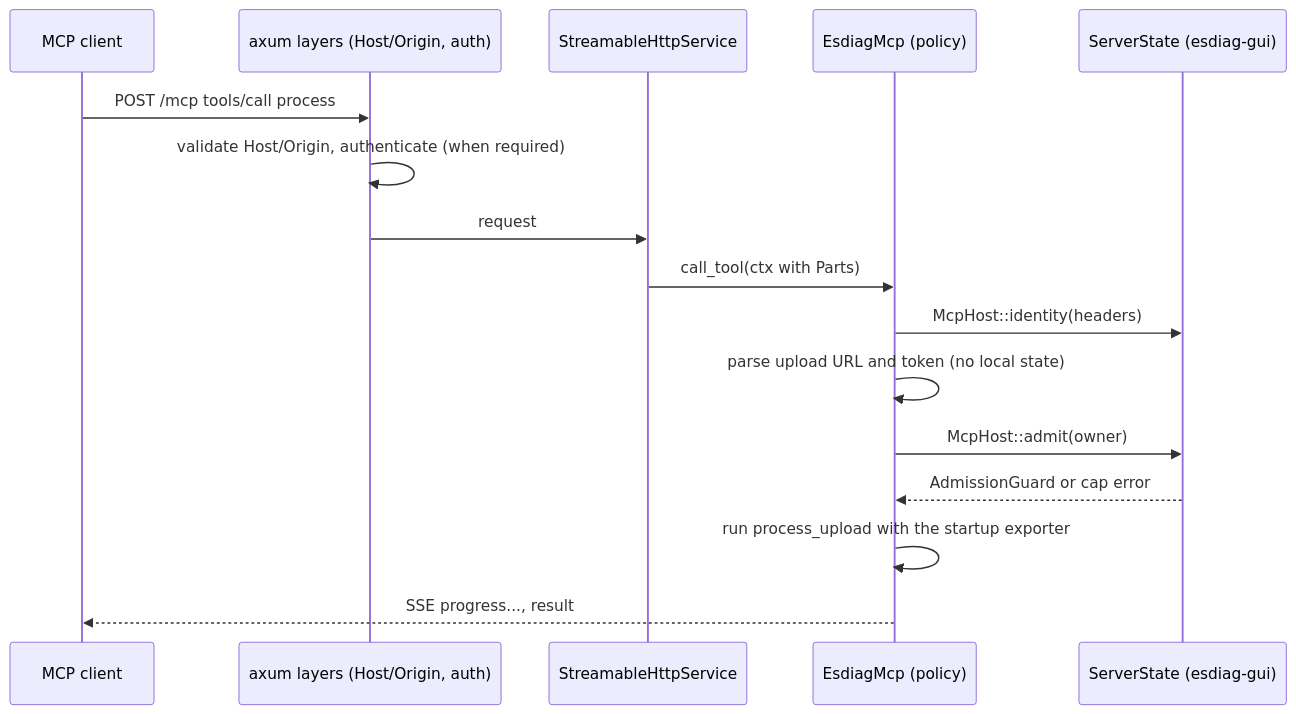
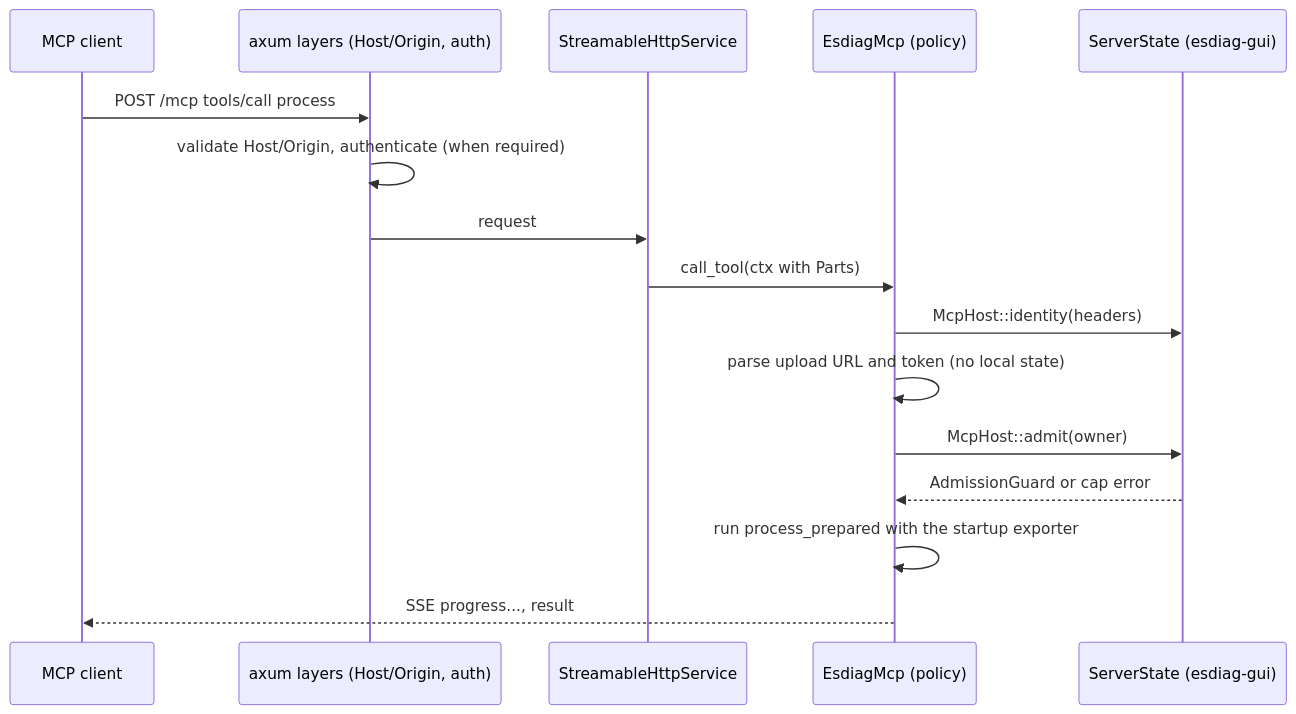
One commit to elastic/esdiag changed the diagram in openspec/changes/add-mcp-http/design.md. Above: the diagram before and after it, drawn with Mermaid. The commit also changed other lines of this file and 3 other files, not shown here.

````diff
--- a/openspec/changes/add-mcp-http/design.md
+++ b/openspec/changes/add-mcp-http/design.md
@@ -38,18 +38,18 @@
 ```mermaid
 sequenceDiagram
   participant C as MCP client
   participant A as axum layers (Host/Origin, auth)
   participant S as StreamableHttpService
   participant T as EsdiagMcp (policy)
   participant G as ServerState (esdiag-gui)
   C->>A: POST /mcp tools/call process
   A->>A: validate Host/Origin, authenticate (when required)
   A->>S: request
   S->>T: call_tool(ctx with Parts)
   T->>G: McpHost::identity(headers)
   T->>T: parse upload URL and token (no local state)
   T->>G: McpHost::admit(owner)
   G-->>T: AdmissionGuard or cap error
-  T->>T: run process_upload with the startup exporter
+  T->>T: run process_prepared with the startup exporter
   T-->>C: SSE progress..., result
 ```
````
